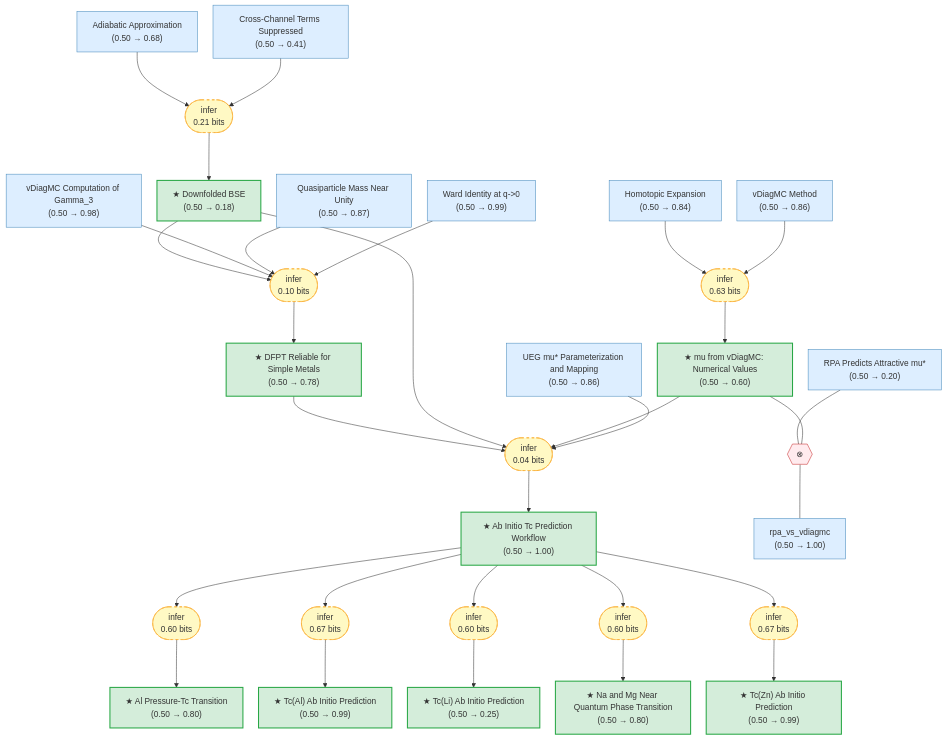
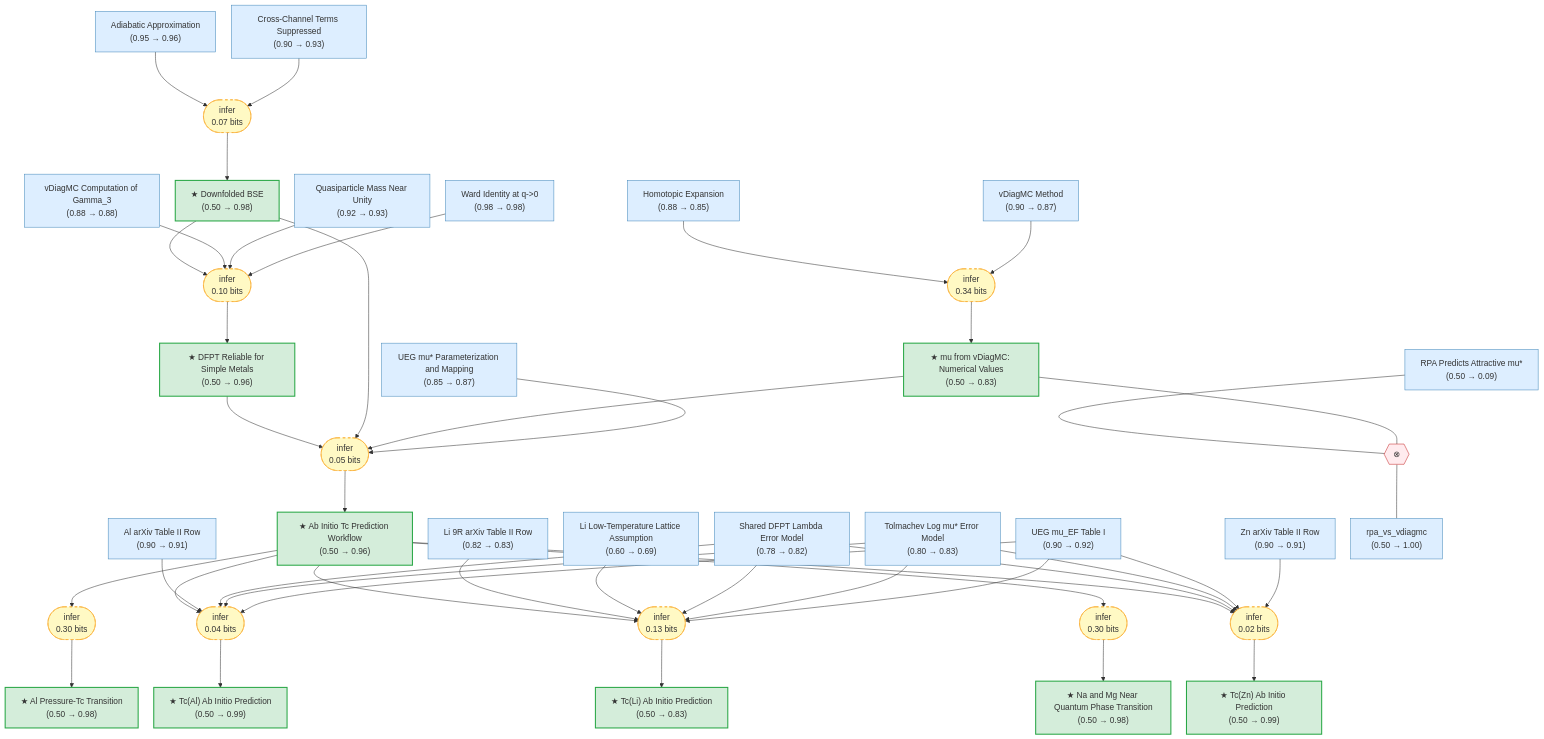
One commit to kunyuan/SuperconductivityElectronLiquids.gaia changed the diagram in .github-output/README.md. Above: the diagram before and after it, drawn with Mermaid. The commit also changed other lines of this file and 244 other files, not shown here.

```diff
--- a/.github-output/README.md
+++ b/.github-output/README.md
@@ -20,45 +20,65 @@
     nodeSpacing: 30
 ---
 graph TB
-    adiabatic_approx["Adiabatic Approximation\n(0.50 → 0.68)"]:::premise
-    cross_term_suppressed["Cross-Channel Terms Suppressed\n(0.50 → 0.41)"]:::premise
-    downfolded_bse["★ Downfolded BSE\n(0.50 → 0.18)"]:::exported
-    vdiagmc_method["vDiagMC Method\n(0.50 → 0.86)"]:::premise
-    homotopic_expansion["Homotopic Expansion\n(0.50 → 0.84)"]:::premise
-    mu_vdiagmc_values["★ mu from vDiagMC: Numerical Values\n(0.50 → 0.60)"]:::exported
-    ward_identity["Ward Identity at q->0\n(0.50 → 0.99)"]:::premise
-    gamma3_vdiagmc["vDiagMC Computation of Gamma_3\n(0.50 → 0.98)"]:::premise
-    quasiparticle_mass_near_unity["Quasiparticle Mass Near Unity\n(0.50 → 0.87)"]:::premise
-    dfpt_reliable_for_simple_metals["★ DFPT Reliable for Simple Metals\n(0.50 → 0.78)"]:::exported
-    ueg_pseudopotential_parameterization["UEG mu#ast; Parameterization and Mapping\n(0.50 → 0.86)"]:::premise
-    ab_initio_workflow["★ Ab Initio Tc Prediction Workflow\n(0.50 → 1.00)"]:::exported
+    adiabatic_approx["Adiabatic Approximation\n(0.95 → 0.96)"]:::premise
+    cross_term_suppressed["Cross-Channel Terms Suppressed\n(0.90 → 0.93)"]:::premise
+    downfolded_bse["★ Downfolded BSE\n(0.50 → 0.98)"]:::exported
+    vdiagmc_method["vDiagMC Method\n(0.90 → 0.87)"]:::premise
+    homotopic_expansion["Homotopic Expansion\n(0.88 → 0.85)"]:::premise
+    mu_vdiagmc_values["★ mu from vDiagMC: Numerical Values\n(0.50 → 0.83)"]:::exported
+    ward_identity["Ward Identity at q->0\n(0.98 → 0.98)"]:::premise
+    gamma3_vdiagmc["vDiagMC Computation of Gamma_3\n(0.88 → 0.88)"]:::premise
+    quasiparticle_mass_near_unity["Quasiparticle Mass Near Unity\n(0.92 → 0.93)"]:::premise
+    dfpt_reliable_for_simple_metals["★ DFPT Reliable for Simple Metals\n(0.50 → 0.96)"]:::exported
+    ueg_mu_ef_table_i["UEG mu_EF Table I\n(0.90 → 0.92)"]:::premise
+    shared_dfpt_lambda_error_model["Shared DFPT Lambda Error Model\n(0.78 → 0.82)"]:::premise
+    tolmachev_log_mu_star_error_model["Tolmachev Log mu#ast; Error Model\n(0.80 → 0.83)"]:::premise
+    al_arxiv_table_row["Al arXiv Table II Row\n(0.90 → 0.91)"]:::premise
+    li_arxiv_table_row["Li 9R arXiv Table II Row\n(0.82 → 0.83)"]:::premise
+    li_low_temperature_lattice_assumption["Li Low-Temperature Lattice Assumption\n(0.60 → 0.69)"]:::premise
+    zn_arxiv_table_row["Zn arXiv Table II Row\n(0.90 → 0.91)"]:::premise
+    ueg_pseudopotential_parameterization["UEG mu#ast; Parameterization and Mapping\n(0.85 → 0.87)"]:::premise
+    ab_initio_workflow["★ Ab Initio Tc Prediction Workflow\n(0.50 → 0.96)"]:::exported
     tc_al_predicted["★ Tc(Al) Ab Initio Prediction\n(0.50 → 0.99)"]:::exported
     tc_zn_predicted["★ Tc(Zn) Ab Initio Prediction\n(0.50 → 0.99)"]:::exported
-    tc_li_predicted["★ Tc(Li) Ab Initio Prediction\n(0.50 → 0.25)"]:::exported
-    al_pressure_transition["★ Al Pressure-Tc Transition\n(0.50 → 0.80)"]:::exported
-    tc_mg_na_near_qpt["★ Na and Mg Near Quantum Phase Transition\n(0.50 → 0.80)"]:::exported
+    tc_li_predicted["★ Tc(Li) Ab Initio Prediction\n(0.50 → 0.83)"]:::exported
+    al_pressure_transition["★ Al Pressure-Tc Transition\n(0.50 → 0.98)"]:::exported
+    tc_mg_na_near_qpt["★ Na and Mg Near Quantum Phase Transition\n(0.50 → 0.98)"]:::exported
     rpa_vs_vdiagmc["rpa_vs_vdiagmc\n(0.50 → 1.00)"]:::premise
-    rpa_predicts_attractive_mu["RPA Predicts Attractive mu#ast;\n(0.50 → 0.20)"]:::premise
-    strat_0(["infer\n0.60 bits"]):::weak
+    rpa_predicts_attractive_mu["RPA Predicts Attractive mu#ast;\n(0.50 → 0.09)"]:::premise
+    strat_0(["infer\n0.30 bits"]):::weak
     ab_initio_workflow --> strat_0
     strat_0 --> al_pressure_transition
-    strat_1(["infer\n0.67 bits"]):::weak
+    strat_1(["infer\n0.04 bits"]):::weak
     ab_initio_workflow --> strat_1
+    al_arxiv_table_row --> strat_1
+    shared_dfpt_lambda_error_model --> strat_1
+    tolmachev_log_mu_star_error_model --> strat_1
+    ueg_mu_ef_table_i --> strat_1
     strat_1 --> tc_al_predicted
-    strat_2(["infer\n0.60 bits"]):::weak
+    strat_2(["infer\n0.13 bits"]):::weak
     ab_initio_workflow --> strat_2
+    li_arxiv_table_row --> strat_2
+    li_low_temperature_lattice_assumption --> strat_2
+    shared_dfpt_lambda_error_model --> strat_2
+    tolmachev_log_mu_star_error_model --> strat_2
+    ueg_mu_ef_table_i --> strat_2
     strat_2 --> tc_li_predicted
-    strat_3(["infer\n0.60 bits"]):::weak
+    strat_3(["infer\n0.30 bits"]):::weak
     ab_initio_workflow --> strat_3
     strat_3 --> tc_mg_na_near_qpt
-    strat_4(["infer\n0.67 bits"]):::weak
+    strat_4(["infer\n0.02 bits"]):::weak
     ab_initio_workflow --> strat_4
+    shared_dfpt_lambda_error_model --> strat_4
+    tolmachev_log_mu_star_error_model --> strat_4
+    ueg_mu_ef_table_i --> strat_4
+    zn_arxiv_table_row --> strat_4
     strat_4 --> tc_zn_predicted
-    strat_5(["infer\n0.21 bits"]):::weak
+    strat_5(["infer\n0.07 bits"]):::weak
     adiabatic_approx --> strat_5
     cross_term_suppressed --> strat_5
     strat_5 --> downfolded_bse
-    strat_6(["infer\n0.04 bits"]):::weak
+    strat_6(["infer\n0.05 bits"]):::weak
     dfpt_reliable_for_simple_metals --> strat_6
     downfolded_bse --> strat_6
     mu_vdiagmc_values --> strat_6
@@ -70,7 +90,7 @@
     quasiparticle_mass_near_unity --> strat_7
     ward_identity --> strat_7
     strat_7 --> dfpt_reliable_for_simple_metals
-    strat_8(["infer\n0.63 bits"]):::weak
+    strat_8(["infer\n0.34 bits"]):::weak
     homotopic_expansion --> strat_8
     vdiagmc_method --> strat_8
     strat_8 --> mu_vdiagmc_values
```
